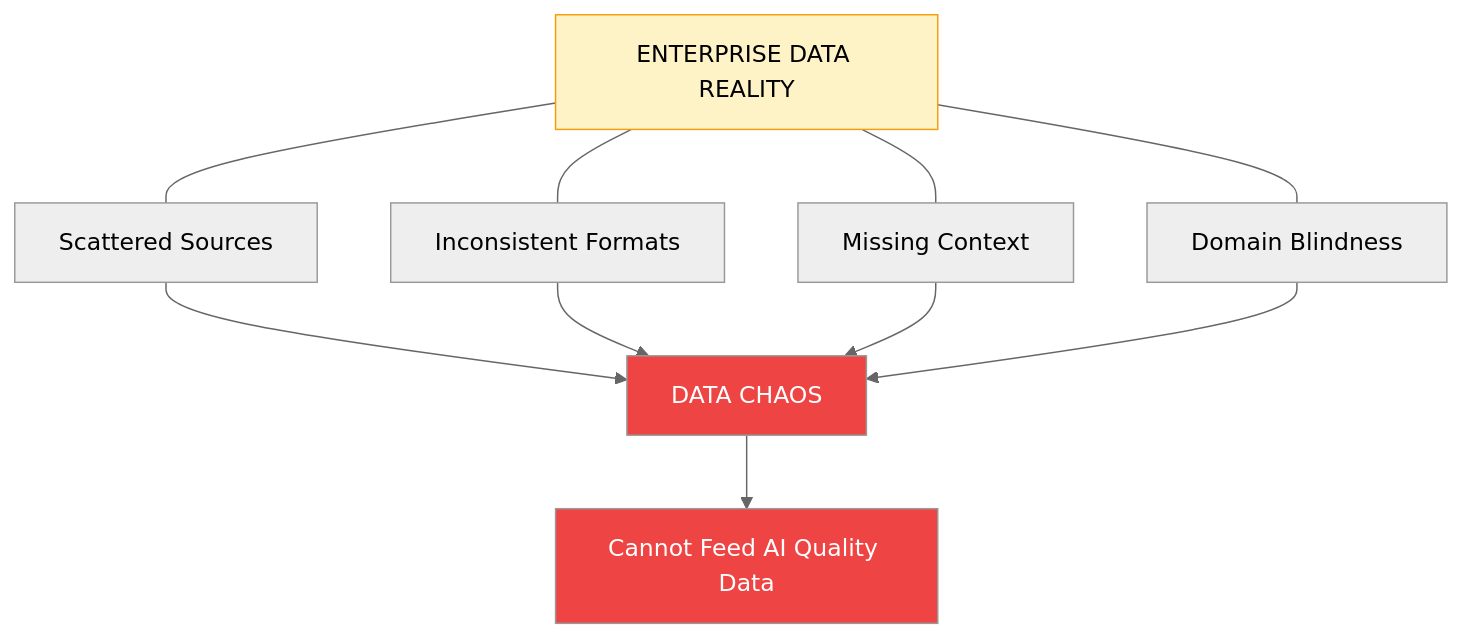
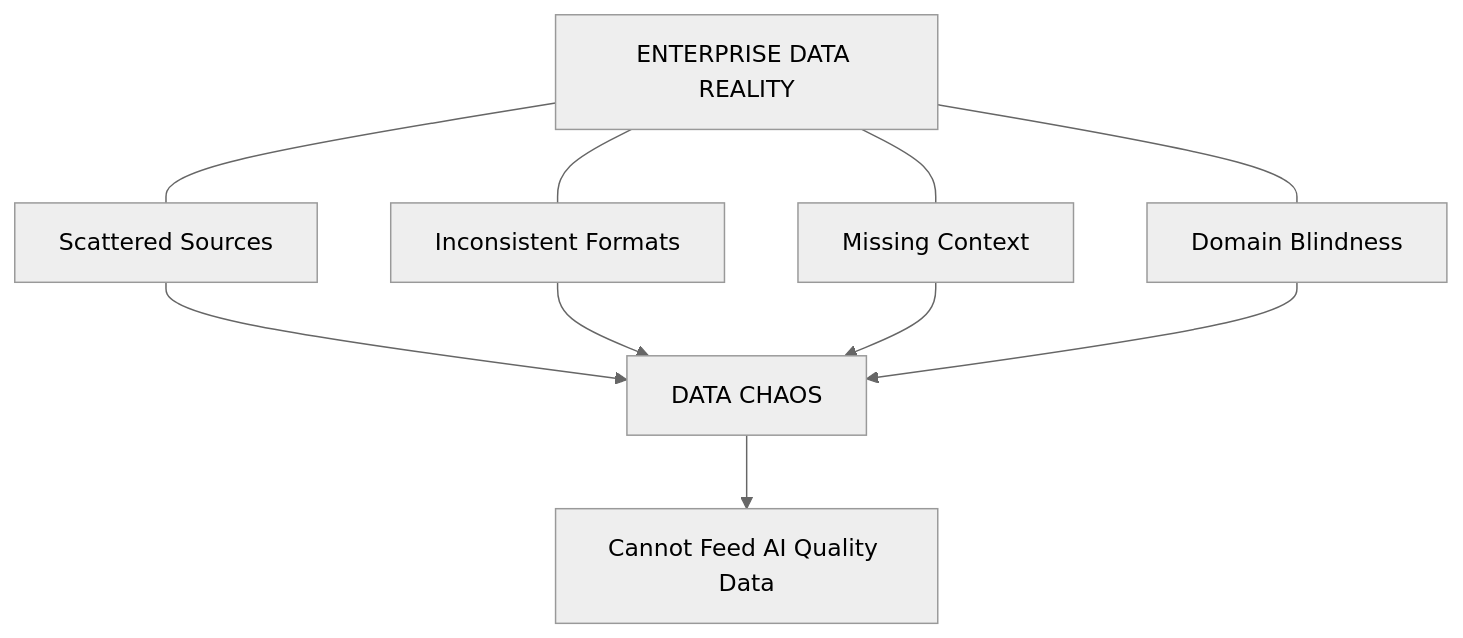
One commit to ashishsuperatom/tech-docs changed the first of 9 diagrams in introduction/problems.mdx. Above: the diagram before and after it, drawn with Mermaid (neutral theme). The commit also changed other lines of this file and 37 other files, not shown here.

First line of the commit message:
Clean up docs: remove em-dashes, fix mermaid diagrams, remove emojis

````diff
--- a/introduction/problems.mdx
+++ b/introduction/problems.mdx
@@ -21,17 +21,14 @@
 ```mermaid
 flowchart TD
     TITLE["ENTERPRISE DATA REALITY"]
     TITLE --- D1 & D2 & D3 & D4
 
     D1["Scattered Sources"]
     D2["Inconsistent Formats"]
     D3["Missing Context"]
     D4["Domain Blindness"]
 
     D1 & D2 & D3 & D4 --> CHAOS["DATA CHAOS"]
     CHAOS --> FAIL["Cannot Feed AI Quality Data"]
 
-    style TITLE fill:#fef3c7,stroke:#f59e0b
-    style CHAOS fill:#ef4444,color:#fff
-    style FAIL fill:#ef4444,color:#fff
 ```
````
